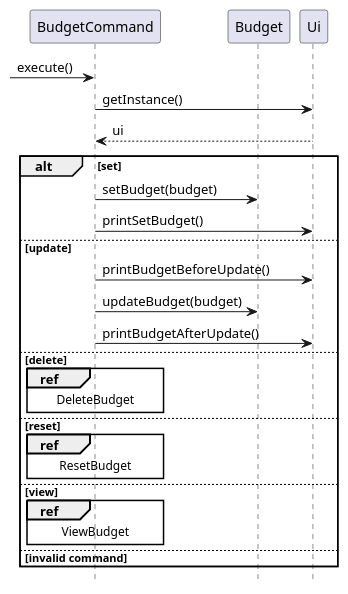
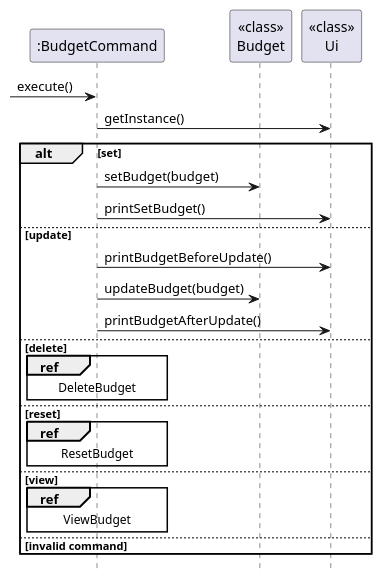
One commit to nus-cs2113-AY2324S1/tp changed the diagram in docs/diagrams/Budget.puml. Above: the diagram before and after it, drawn with PlantUML. The commit also changed 8 other files, not shown here.

Commit message:
Update sequence diagrams

```diff
--- a/docs/diagrams/Budget.puml
+++ b/docs/diagrams/Budget.puml
@@ -1,28 +1,27 @@
 @startuml
 
-participant BudgetCommand
-participant Budget
-participant Ui
+participant ":BudgetCommand" as BudgetCommand
+participant "<<class>>\nBudget" as Budget
+participant "<<class>>\nUi" as Ui
 
 -> BudgetCommand: execute()
 BudgetCommand -> Ui: getInstance()
-return ui
 
 alt set
     BudgetCommand -> Budget: setBudget(budget)
     BudgetCommand -> Ui: printSetBudget()
 else update
     BudgetCommand -> Ui: printBudgetBeforeUpdate()
     BudgetCommand -> Budget: updateBudget(budget)
     BudgetCommand -> Ui: printBudgetAfterUpdate()
 else delete
     ref over BudgetCommand: DeleteBudget
 else reset
     ref over BudgetCommand: ResetBudget
 else view
     ref over BudgetCommand: ViewBudget
 else invalid command
 end
 
 hide footbox
 @enduml
```
